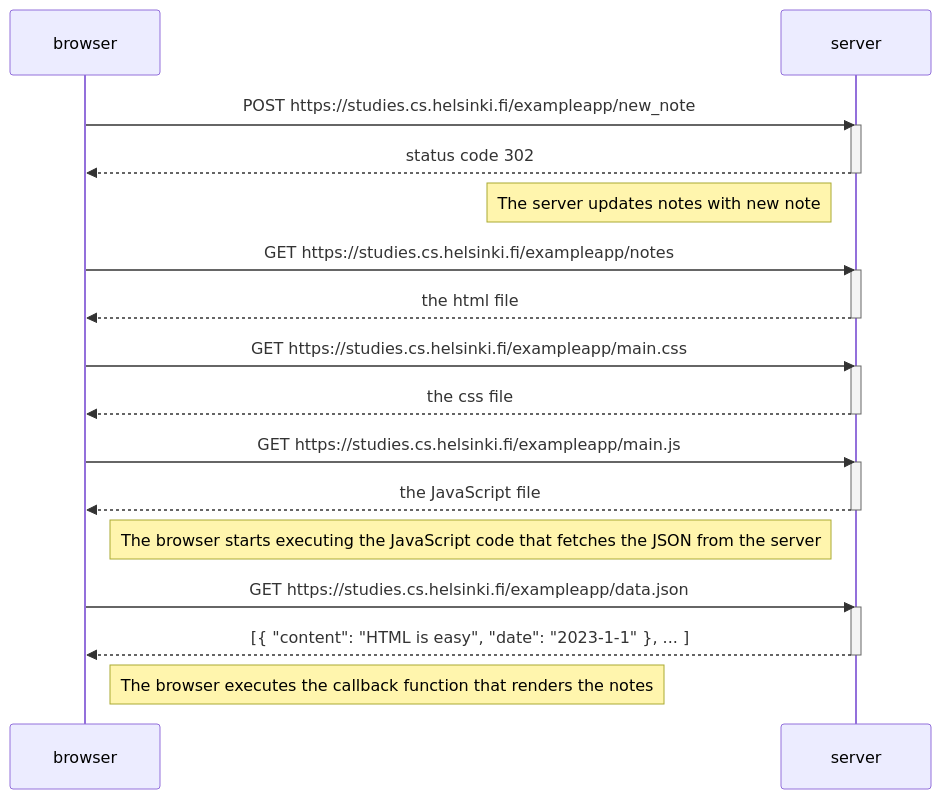
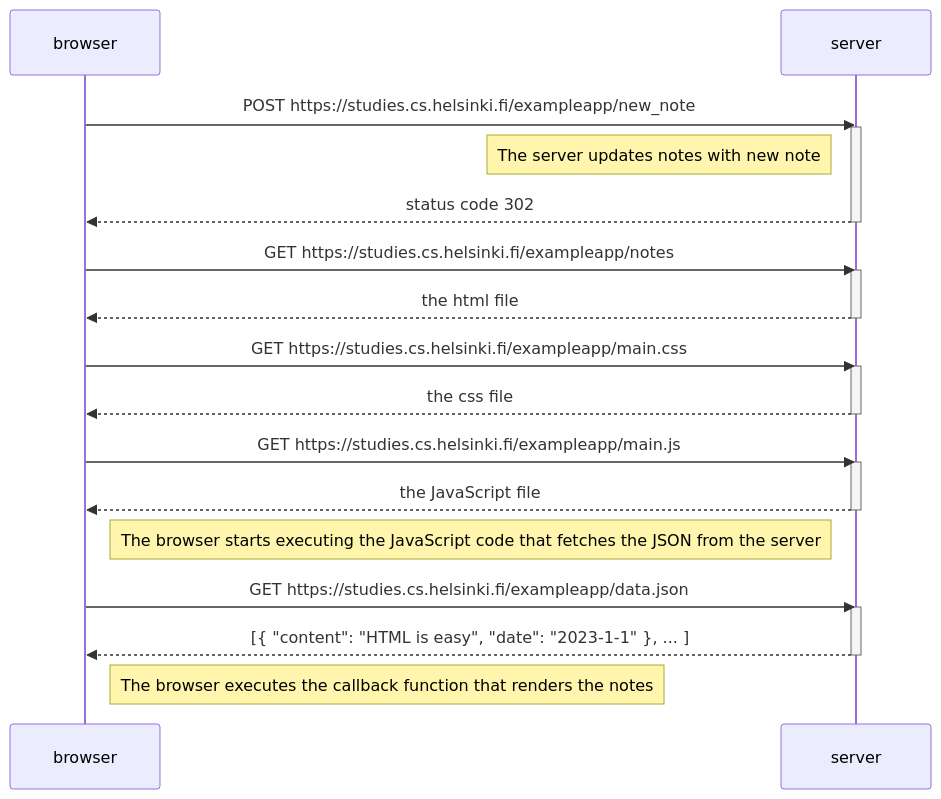
Before and after one commit to kuity/fsopen2025: the diagram in part0/0.4.md, drawn with Mermaid. The commit also changed other lines of this file, not shown here.

````diff
--- a/part0/0.4.md
+++ b/part0/0.4.md
@@ -1,36 +1,36 @@
 ```mermaid
 sequenceDiagram
     participant browser
     participant server
 
     browser->>server: POST https://studies.cs.helsinki.fi/exampleapp/new_note
     activate server
+    Note left of server: The server updates notes with new note
     server-->>browser: status code 302
     deactivate server
 
-    Note left of server: The server updates notes with new note
 
     browser->>server: GET https://studies.cs.helsinki.fi/exampleapp/notes
     activate server
     server-->>browser: the html file
     deactivate server
 
     browser->>server: GET https://studies.cs.helsinki.fi/exampleapp/main.css
     activate server
     server-->>browser: the css file
     deactivate server
 
     browser->>server: GET https://studies.cs.helsinki.fi/exampleapp/main.js
     activate server
     server-->>browser: the JavaScript file
     deactivate server
 
     Note right of browser: The browser starts executing the JavaScript code that fetches the JSON from the server
 
     browser->>server: GET https://studies.cs.helsinki.fi/exampleapp/data.json
     activate server
     server-->>browser: [{ "content": "HTML is easy", "date": "2023-1-1" }, ... ]
     deactivate server
 
     Note right of browser: The browser executes the callback function that renders the notes
 ```
````
